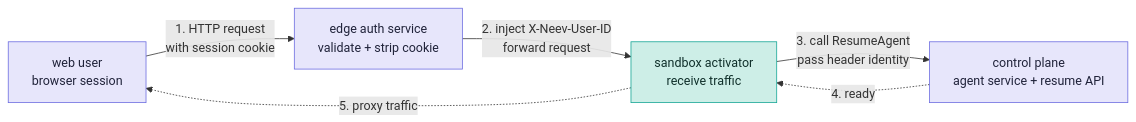
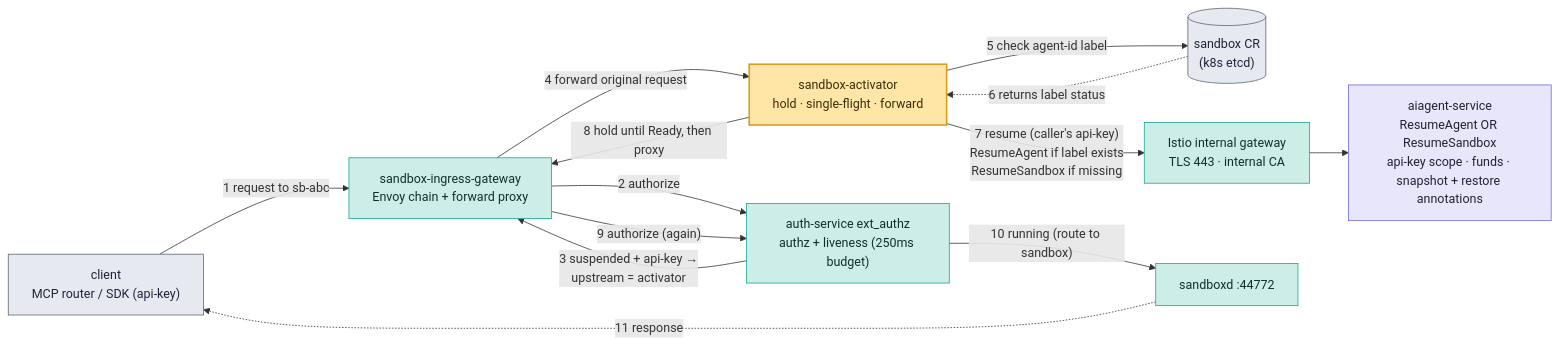
Before and after one commit to chandini1727/documentation-: the first of 2 diagrams in README.md, drawn with Mermaid. The commit also changed other lines of this file, not shown here.

````diff
--- a/README.md
+++ b/README.md
@@ -83,18 +36,29 @@
 ```mermaid
 flowchart LR
-    U["web user<br/>browser session"]:::cp
-    EDGE["edge auth service<br/>validate + strip cookie"]:::cp
-    ACT["sandbox activator<br/>receive traffic"]:::dp
-    CP["control plane<br/>agent service + resume API"]:::cp
+    cl["client<br/>MCP router / SDK (api-key)"]:::store
+    gw["sandbox-ingress-gateway<br/>Envoy chain + forward proxy"]:::dp
+    az["auth-service ext_authz<br/>authz + liveness (250ms budget)"]:::dp
+    act["sandbox-activator<br/>hold · single-flight · forward"]:::star
+    cr[("sandbox CR<br/>(k8s etcd)")]:::store
+    igw["Istio internal gateway<br/>TLS 443 · internal CA"]:::dp
+    cp["aiagent-service<br/>ResumeAgent OR ResumeSandbox<br/>api-key scope · funds · snapshot + restore annotations"]:::cp
+    sd["sandboxd :44772"]:::dp
 
-    U -->|"1. HTTP request<br/>with session cookie"| EDGE
-    EDGE -->|"2. inject X-Neev-User-ID<br/>forward request"| ACT
-    ACT -->|"3. call ResumeAgent<br/>pass header identity"| CP
-    CP -.->|"4. ready"| ACT
-    ACT -.->|"5. proxy traffic"| U
+    cl -->|"1 request to sb-abc"| gw
+    gw -->|"2 authorize"| az
+    az -->|"3 suspended + api-key →<br/>upstream = activator"| gw
+    gw -->|"4 forward original request"| act
+    act -->|"5 check agent-id label"| cr
+    cr -.->|"6 returns label status"| act
+    act -->|"7 resume (caller's api-key)<br/>ResumeAgent if label exists<br/>ResumeSandbox if missing"| igw
+    igw --> cp
+    act -->|"8 hold until Ready, then proxy"| gw
+    gw -->|"9 authorize (again)"| az
+    az -->|"10 running (route to sandbox)"| sd
+    sd -.->|"11 response"| cl
 
     classDef cp fill:#e7e6fb,stroke:#6b6be0,color:#20233a
     classDef dp fill:#cdeee7,stroke:#12a594,color:#10302b
     classDef star fill:#ffe6a7,stroke:#d99a1c,stroke-width:2px,color:#3a2c07
     classDef store fill:#e6e9ef,stroke:#5b6472,color:#20233a
 ```
````
